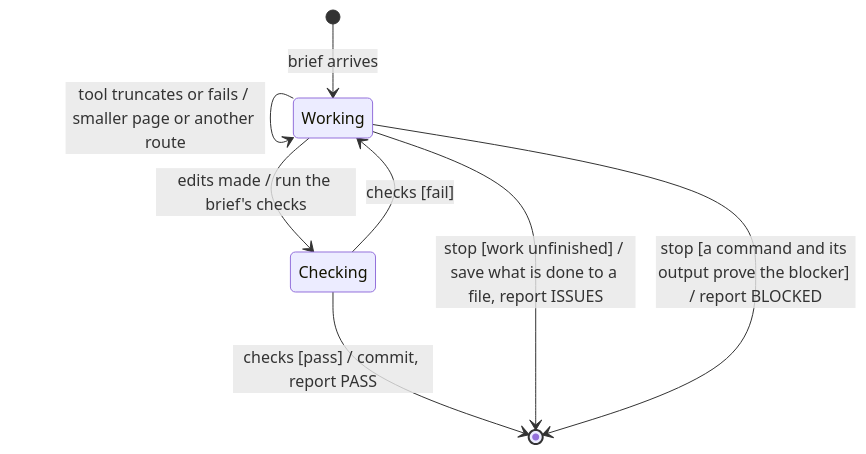
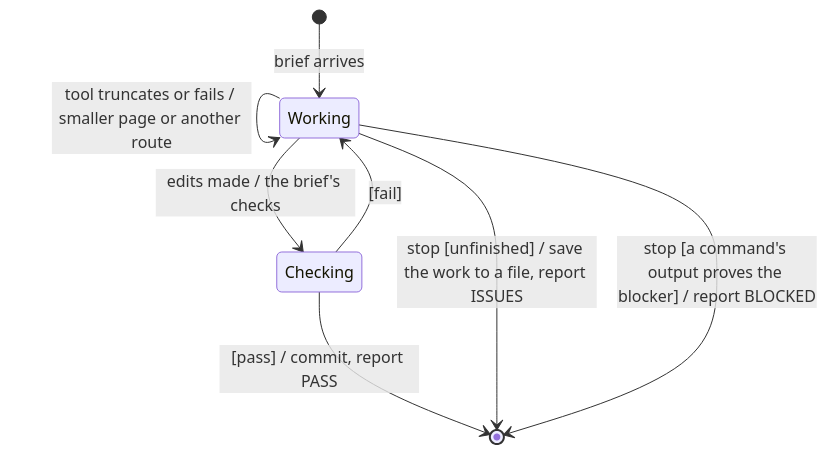
One commit to MP281X/deslop changed the second of 3 diagrams in .claude/agents/pair.md. Above: the diagram before and after it, drawn with Mermaid. The commit also changed other lines of this file and 8 other files, not shown here.

Commit message:
Diagrams replace the prose that restated them; settled PRs go ready on green CI; a failed Opus rerun goes to the user; worker setup is a diagram

````diff
--- a/.claude/agents/pair.md
+++ b/.claude/agents/pair.md
@@ -54,10 +52,10 @@
 ```mermaid
 stateDiagram-v2
     [*] --> Working : brief arrives
     Working --> Working : tool truncates or fails / smaller page or another route
-    Working --> Checking : edits made / run the brief's checks
-    Checking --> Working : checks [fail]
-    Checking --> [*] : checks [pass] / commit, report PASS
-    Working --> [*] : stop [work unfinished] / save what is done to a file, report ISSUES
-    Working --> [*] : stop [a command and its output prove the blocker] / report BLOCKED
+    Working --> Checking : edits made / the brief's checks
+    Checking --> Working : [fail]
+    Checking --> [*] : [pass] / commit, report PASS
+    Working --> [*] : stop [unfinished] / save the work to a file, report ISSUES
+    Working --> [*] : stop [a command's output proves the blocker] / report BLOCKED
 ```
````
